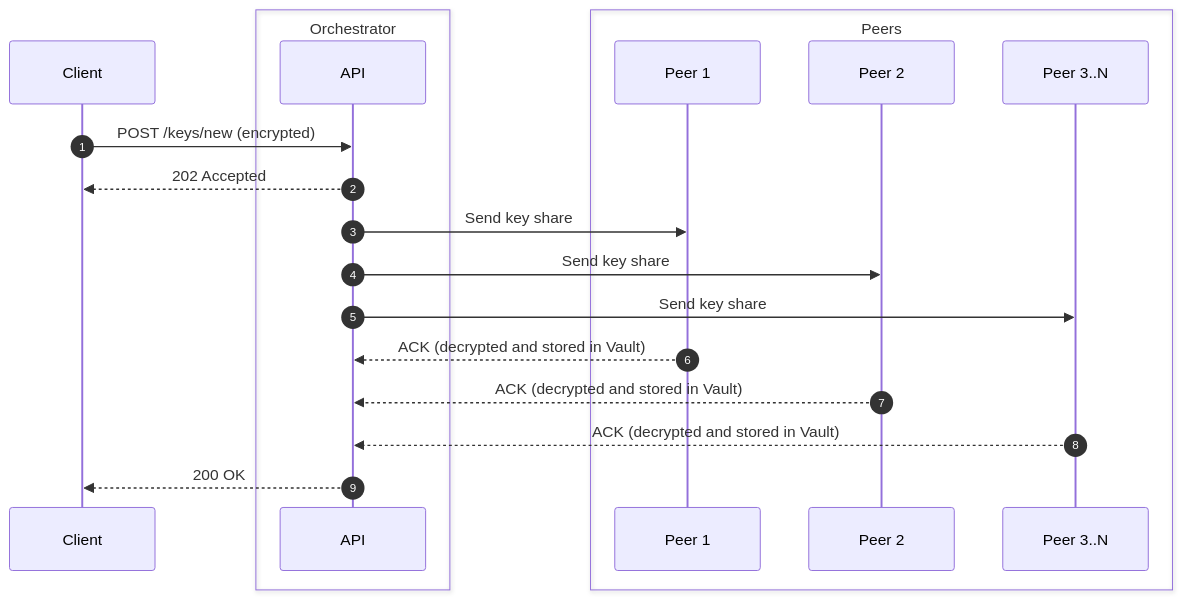
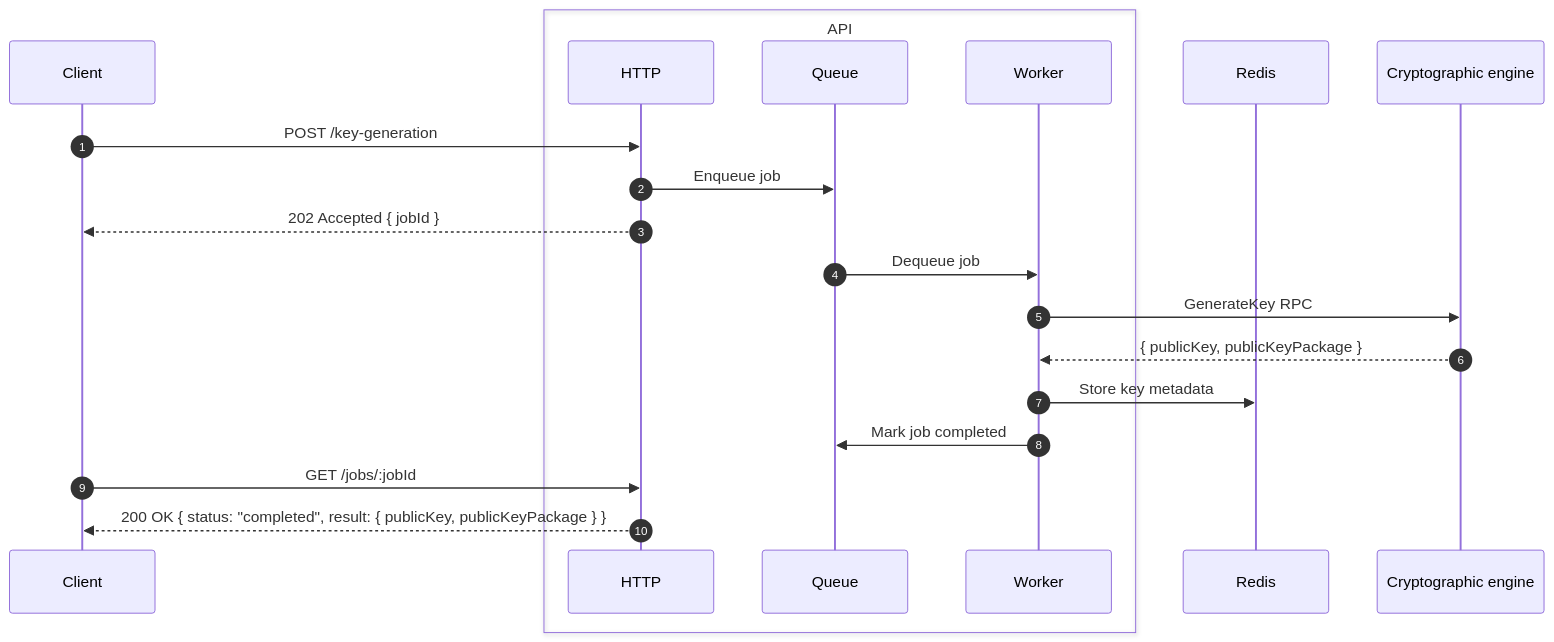
One commit to shreeed-app/multi-party-computation-controller-api changed the first of 2 diagrams in README.md. Above: the diagram before and after it, drawn with Mermaid. The commit also changed other lines of this file and 93 other files, not shown here.

Commit message:
feat: rewrite API with gRPC, BullMQ queues, bearer auth and Docker setup

````diff
--- a/README.md
+++ b/README.md
@@ -25,28 +25,28 @@
 ```mermaid
 sequenceDiagram
     autonumber
     participant Client
-    
-    box Orchestrator
-        participant API
-    end
-    
-    box Peers
-        participant FirstPeer as Peer 1
-        participant SecondPeer as Peer 2
-        participant NPeer as Peer 3..N
+
+    box API
+        participant HTTP
+        participant Queue
+        participant Worker
     end
 
-    Client->>API: POST /keys/new (encrypted)
-    API-->>Client: 202 Accepted
+    participant Redis
+    participant Engine as Cryptographic engine
 
-    API->>FirstPeer: Send key share #1
-    API->>SecondPeer: Send key share #2
-    API->>NPeer: Send key share #3..N
+    Client->>HTTP: POST /key-generation
+    HTTP->>Queue: Enqueue job
+    HTTP-->>Client: 202 Accepted { jobId }
 
-    FirstPeer-->>API: ACK (decrypted and stored in Vault)
-    SecondPeer-->>API: ACK (decrypted and stored in Vault)
-    NPeer-->>API: ACK (decrypted and stored in Vault)
+    Queue->>Worker: Dequeue job
+    Worker->>Engine: GenerateKey RPC
+    Engine-->>Worker: { publicKey, publicKeyPackage }
 
-    API-->>Client: 200 OK
+    Worker->>Redis: Store key metadata
+    Worker->>Queue: Mark job completed
+
+    Client->>HTTP: GET /jobs/:jobId
+    HTTP-->>Client: 200 OK { status: "completed", result: { publicKey, publicKeyPackage } }
 ```
````
